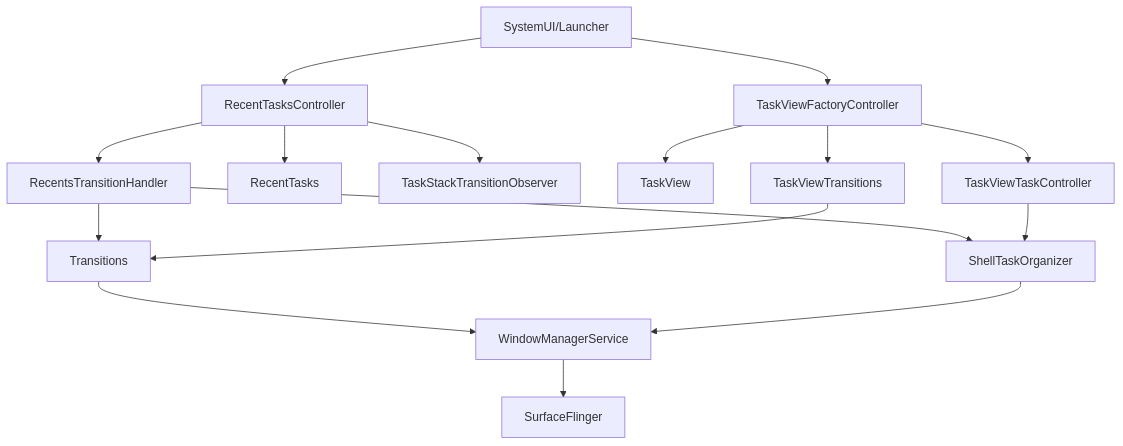
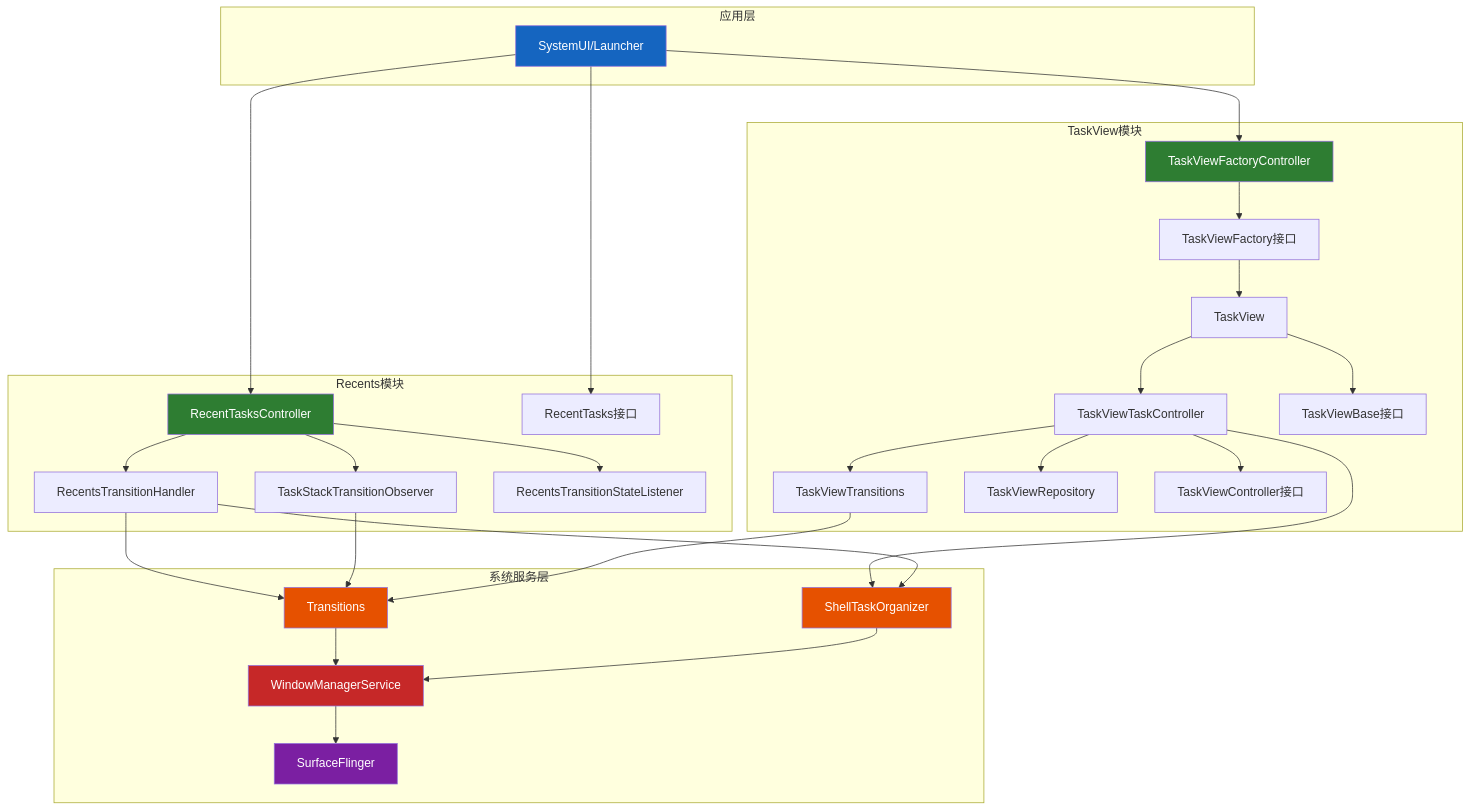
Before and after one commit to yuchuangu85/AOSP_Frameworks: the first of 4 diagrams in docs/RecentTaskViewAnalysis.md, drawn with Mermaid. The commit also changed other lines of this file and 13 other files, not shown here.

````diff
--- a/docs/RecentTaskViewAnalysis.md
+++ b/docs/RecentTaskViewAnalysis.md
@@ -34,24 +38,66 @@
 ```mermaid
 graph TB
-    A[SystemUI/Launcher] --> B[RecentTasksController]
-    A --> C[TaskViewFactoryController]
+    subgraph "应用层"
+        A[SystemUI/Launcher]
+    end
     
-    B --> D[RecentsTransitionHandler]
-    B --> E[RecentTasks]
-    B --> F[TaskStackTransitionObserver]
+    subgraph "Recents模块"
+        B[RecentTasksController]
+        D[RecentsTransitionHandler]
+        E[RecentTasks接口]
+        F[TaskStackTransitionObserver]
+        G[RecentsTransitionStateListener]
+    end
     
-    C --> G[TaskView]
-    C --> H[TaskViewTransitions]
-    C --> I[TaskViewTaskController]
+    subgraph "TaskView模块"
+        C[TaskViewFactoryController]
+        G2[TaskViewFactory接口]
+        H[TaskView]
+        I[TaskViewTaskController]
+        J[TaskViewTransitions]
+        K[TaskViewRepository]
+        L[TaskViewController接口]
+        M[TaskViewBase接口]
+    end
     
-    D --> J[Transitions]
-    D --> K[ShellTaskOrganizer]
+    subgraph "系统服务层"
+        N[Transitions]
+        O[ShellTaskOrganizer]
+        P[WindowManagerService]
+        Q[SurfaceFlinger]
+    end
     
-    H --> J
+    A --> B
+    A --> C
+    A --> E
+    
+    B --> D
+    B --> F
+    B --> G
+    
+    C --> G2
+    G2 --> H
+    H --> I
+    H --> M
+    I --> J
     I --> K
+    I --> L
+    I --> O
     
-    J --> L[WindowManagerService]
-    K --> L
+    D --> N
+    D --> O
+    F --> N
+    J --> N
     
-    L --> M[SurfaceFlinger]
+    N --> P
+    O --> P
+    P --> Q
+    
+    style A fill:#1565c0,color:#fff
+    style B fill:#2e7d32,color:#fff
+    style C fill:#2e7d32,color:#fff
+    style N fill:#e65100,color:#fff
+    style O fill:#e65100,color:#fff
+    style P fill:#c62828,color:#fff
+    style Q fill:#7b1fa2,color:#fff
 ```
````
